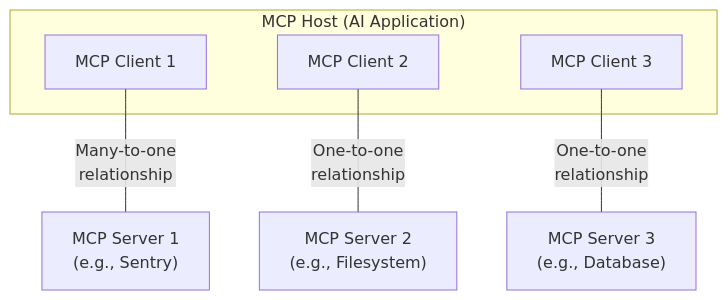
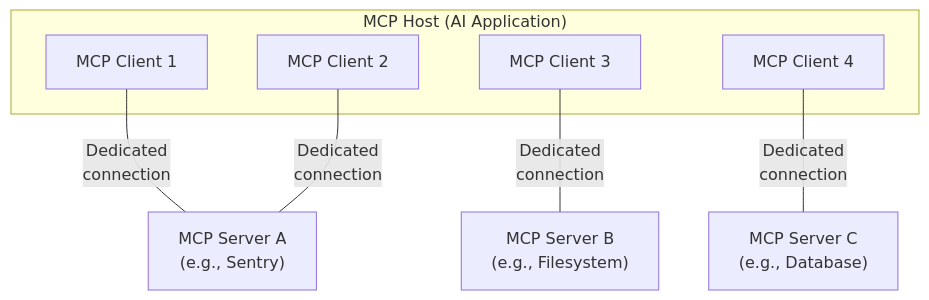
One commit to modelcontextprotocol/modelcontextprotocol changed the diagram in docs/docs/learn/architecture.mdx. Above: the diagram before and after it, drawn with Mermaid. The commit also changed other lines of this file, not shown here.

````diff
--- a/docs/docs/learn/architecture.mdx
+++ b/docs/docs/learn/architecture.mdx
@@ -43,16 +44,18 @@
 ```mermaid
 graph TB
     subgraph "MCP Host (AI Application)"
         Client1["MCP Client 1"]
         Client2["MCP Client 2"]
         Client3["MCP Client 3"]
+        Client4["MCP Client 4"]
     end
 
-    Server1["MCP Server 1<br/>(e.g., Sentry)"]
-    Server2["MCP Server 2<br/>(e.g., Filesystem)"]
-    Server3["MCP Server 3<br/>(e.g., Database)"]
+    ServerA["MCP Server A<br/>(e.g., Sentry)"]
+    ServerB["MCP Server B<br/>(e.g., Filesystem)"]
+    ServerC["MCP Server C<br/>(e.g., Database)"]
 
-    Client1 ---|"Many-to-one<br/>relationship"| Server1
-    Client2 ---|"One-to-one<br/>relationship"| Server2
-    Client3 ---|"One-to-one<br/>relationship"| Server3
+    Client1 ---|"Dedicated<br/>connection"| ServerA
+    Client2 ---|"Dedicated<br/>connection"| ServerA
+    Client3 ---|"Dedicated<br/>connection"| ServerB
+    Client4 ---|"Dedicated<br/>connection"| ServerC
 ```
````
